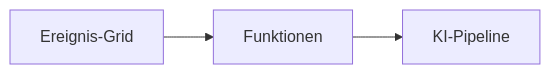
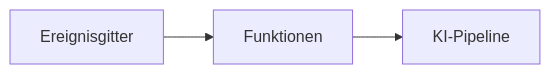
Before and after one commit to microsoft/AZD-for-beginners: the second of 2 diagrams in translations/de/docs/chapter-08-production/README.md, drawn with Mermaid. The commit also changed other lines of this file and 101 other files, not shown here.

````diff
--- a/translations/de/docs/chapter-08-production/README.md
+++ b/translations/de/docs/chapter-08-production/README.md
@@ -54,4 +56,4 @@
 ```mermaid
 graph LR
-    EventGrid[Ereignis-Grid] --> Functions[Funktionen] --> Pipeline[KI-Pipeline]
+    EventGrid[Ereignisgitter] --> Functions[Funktionen] --> Pipeline[KI-Pipeline]
 ```
````
